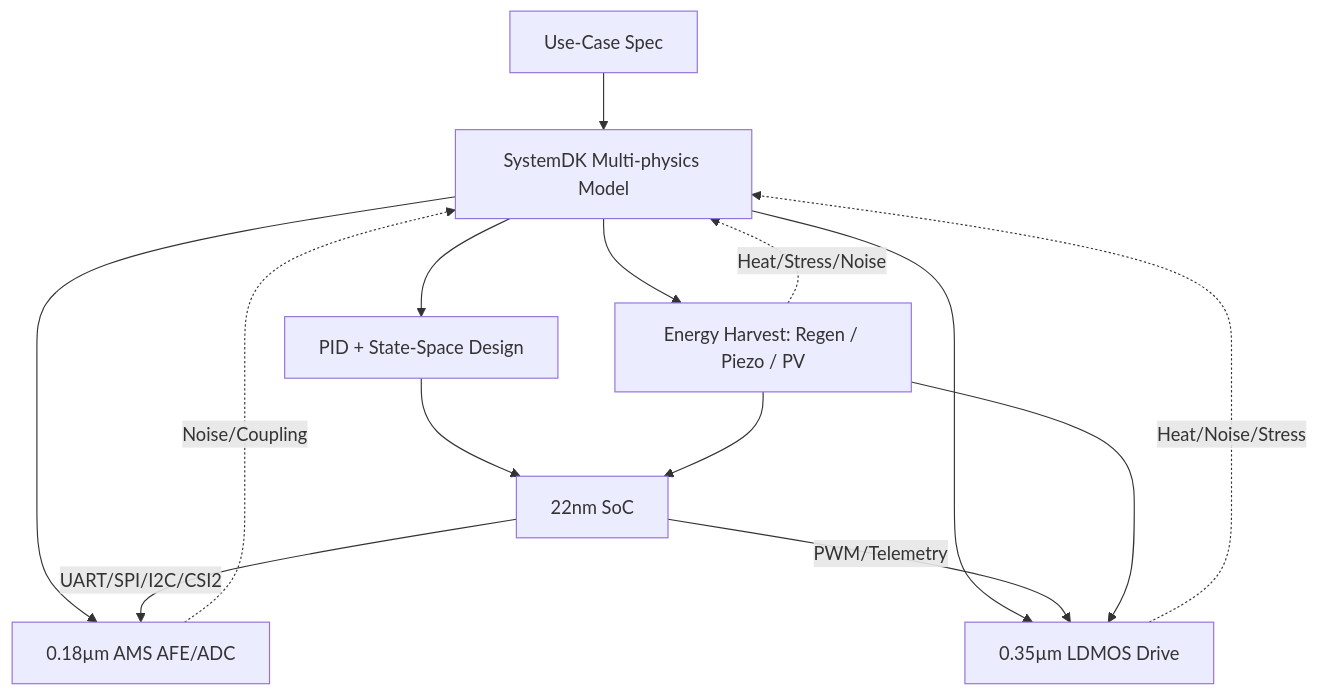
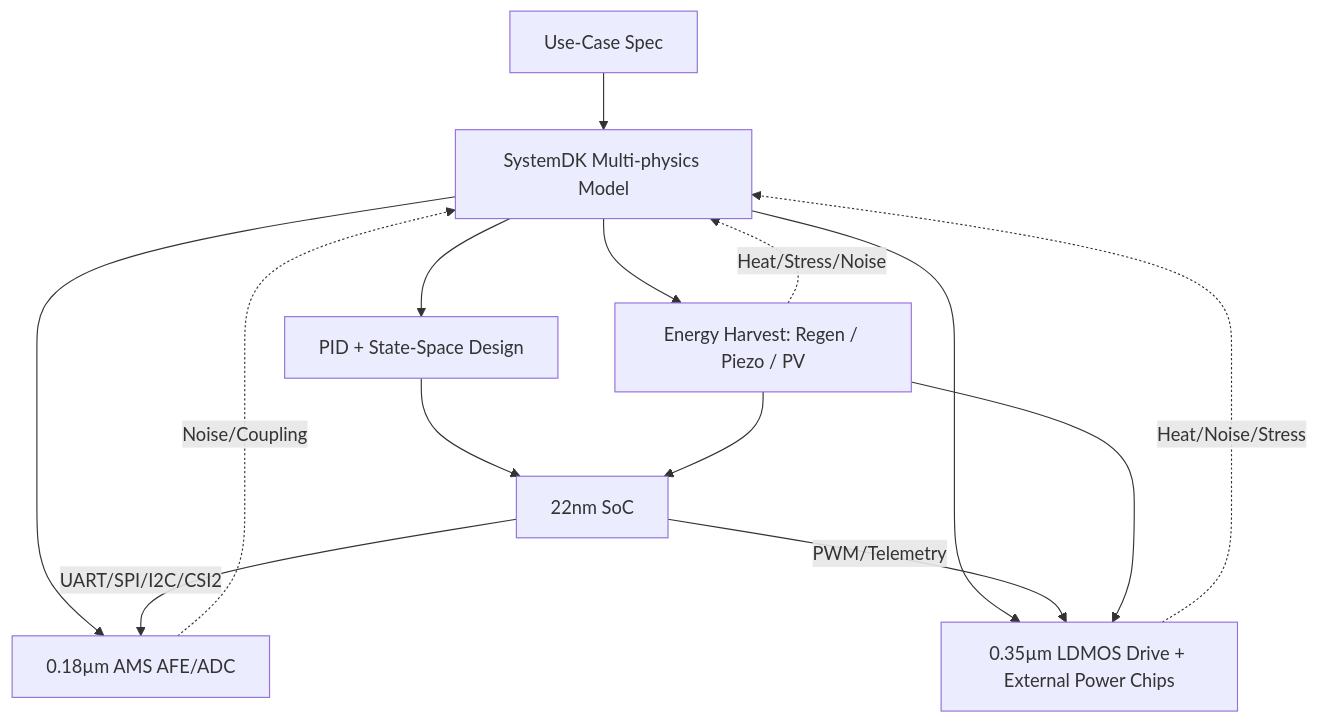
The diagram in PoC/humanoid/index.md (Samizo-AITL/AITL-H), drawn with Mermaid before and after one commit. The commit also changed other lines of this file, not shown here.

````diff
--- a/PoC/humanoid/index.md
+++ b/PoC/humanoid/index.md
@@ -69,16 +101,16 @@
 ```mermaid
 flowchart TB
   Spec[Use-Case Spec] --> Model[SystemDK Multi-physics Model]
   Model --> Ctrl[PID + State-Space Design]
   Ctrl --> RTL[22nm SoC]
   Model --> AMS[0.18µm AMS AFE/ADC]
-  Model --> PWR[0.35µm LDMOS Drive]
+  Model --> PWR[0.35µm LDMOS Drive + External Power Chips]
   Model --> Harvest[Energy Harvest: Regen / Piezo / PV]
   RTL -->|UART/SPI/I2C/CSI2| AMS
   RTL -->|PWM/Telemetry| PWR
   Harvest --> PWR
   Harvest --> RTL
   PWR -.Heat/Noise/Stress.-> Model
   AMS -.Noise/Coupling.-> Model
   Harvest -.Heat/Stress/Noise.-> Model
 ```
````
